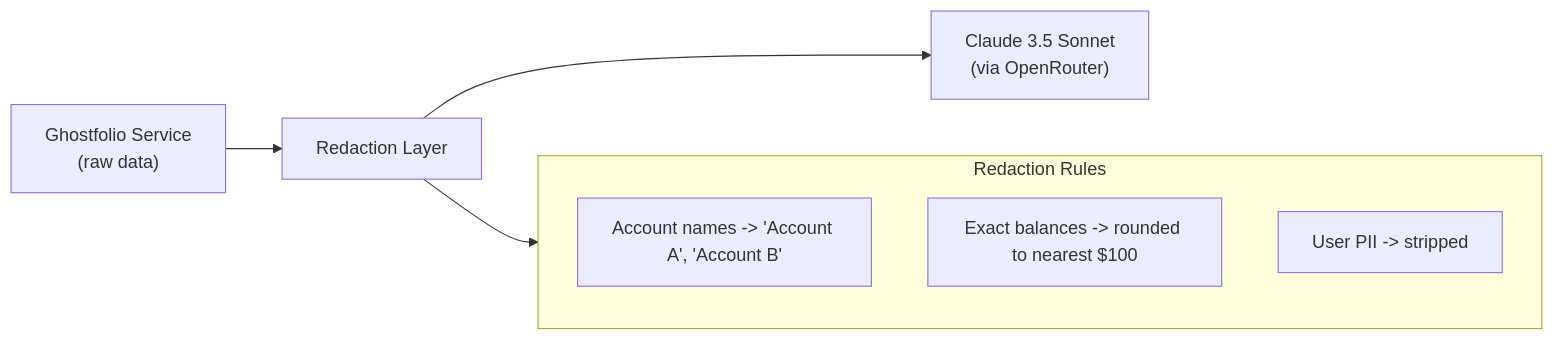
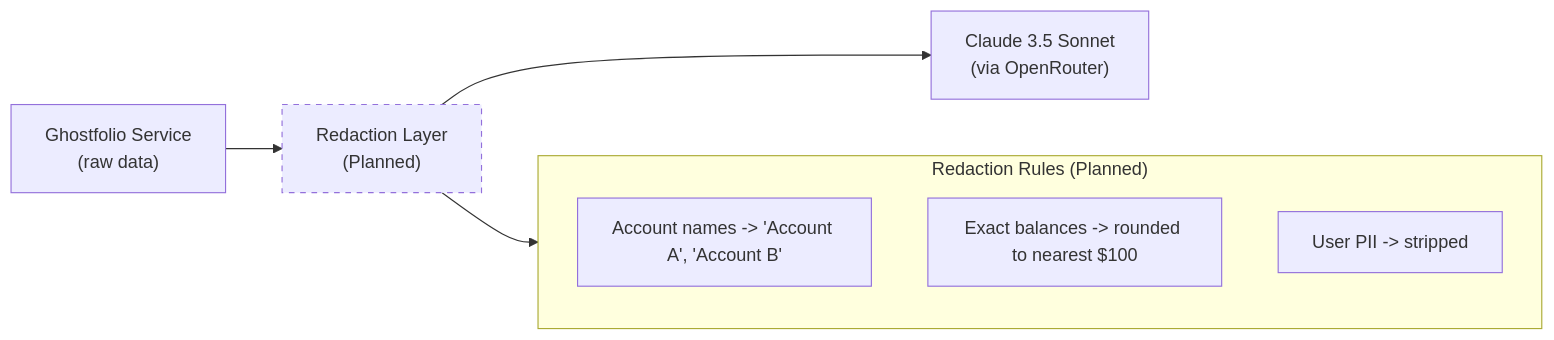
The seventh of 9 diagrams in docs/PRD.md (MichaelHabermas/ghostfolio), drawn with Mermaid before and after one commit. The commit also changed other lines of this file, not shown here.

First line of the commit message:
docs(prd): annotate RedactionService as planned, update Epic 13 checkboxes, add Decision 11 note

````diff
--- a/docs/PRD.md
+++ b/docs/PRD.md
@@ -416,13 +420,15 @@
 ```mermaid
 flowchart LR
-    GF["Ghostfolio Service<br/>(raw data)"] --> Redact["Redaction Layer"]
+    GF["Ghostfolio Service<br/>(raw data)"] --> Redact["Redaction Layer<br/>(Planned)"]
     Redact --> LLM["Claude 3.5 Sonnet<br/>(via OpenRouter)"]
 
-    subgraph redactionRules ["Redaction Rules"]
+    subgraph redactionRules ["Redaction Rules (Planned)"]
         R1["Account names -> 'Account A', 'Account B'"]
         R2["Exact balances -> rounded to nearest $100"]
         R3["User PII -> stripped"]
     end
 
     Redact --> redactionRules
+
+    style Redact stroke-dasharray: 5 5
 ```
````
